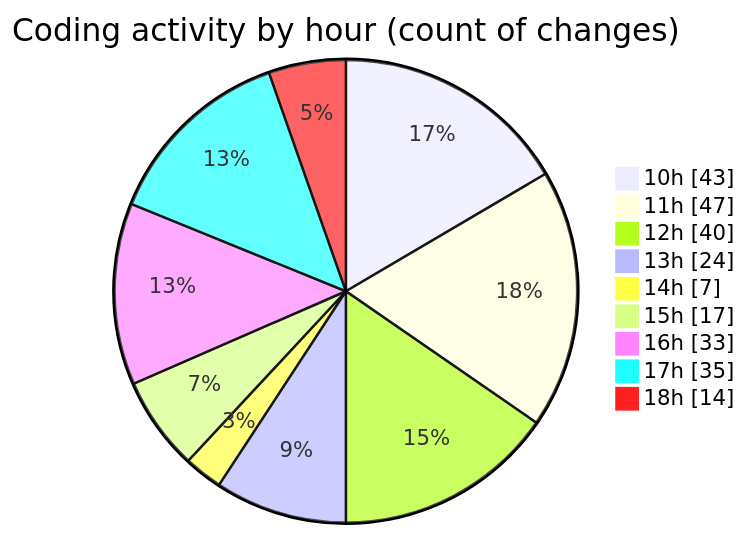
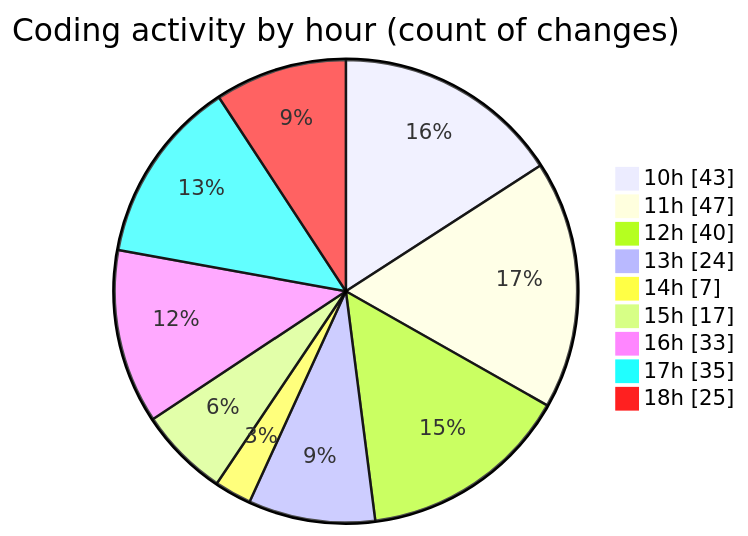
Before and after one commit to momahboobian/code-tracking: the second of 2 diagrams in 2025-02-10/cda/README.md, drawn with Mermaid. The commit also changed other lines of this file and 1 other file, not shown here.

````diff
--- a/2025-02-10/cda/README.md
+++ b/2025-02-10/cda/README.md
@@ -35,13 +35,13 @@
 ```mermaid
 pie showData
 title Coding activity by hour (count of changes)
 "10h" : 43
 "11h" : 47
 "12h" : 40
 "13h" : 24
 "14h" : 7
 "15h" : 17
 "16h" : 33
 "17h" : 35
-"18h" : 14
+"18h" : 25
 ```
````
